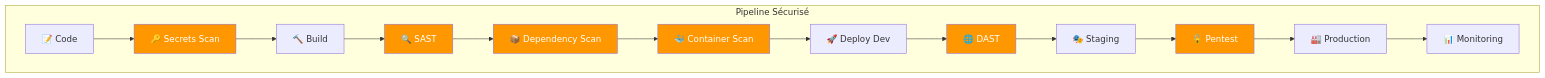
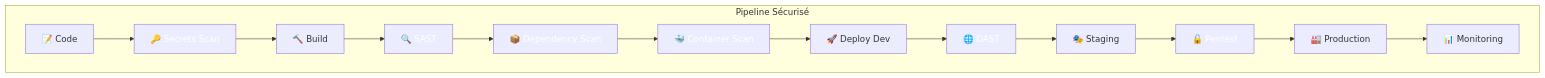
Before and after one commit to VBlackJack/ShellBook: diagram 12 of 14 in docs/formations/cloud-fundamentals/09-module.md, drawn with Mermaid. The commit also changed other lines of this file and 337 other files, not shown here.

First line of the commit message:
refactor(docs): Standardize code blocks and Mermaid colors

````diff
--- a/docs/formations/cloud-fundamentals/09-module.md
+++ b/docs/formations/cloud-fundamentals/09-module.md
@@ -402,27 +402,27 @@
 ```mermaid
 graph TB
     subgraph "Pipeline Sécurisé"
         CODE["📝 Code"]
         SECRETS["🔑 Secrets Scan"]
         BUILD["🔨 Build"]
         SAST["🔍 SAST"]
         DEPS["📦 Dependency Scan"]
         IMAGE["🐳 Container Scan"]
         DEPLOY_DEV["🚀 Deploy Dev"]
         DAST["🌐 DAST"]
         STAGING["🎭 Staging"]
         PENTEST["🔓 Pentest"]
         PROD["🏭 Production"]
         MONITOR["📊 Monitoring"]
     end
 
     CODE --> SECRETS --> BUILD --> SAST --> DEPS --> IMAGE
     IMAGE --> DEPLOY_DEV --> DAST --> STAGING --> PENTEST --> PROD --> MONITOR
 
-    style SECRETS fill:#ff9800,color:#fff
-    style SAST fill:#ff9800,color:#fff
-    style DEPS fill:#ff9800,color:#fff
-    style IMAGE fill:#ff9800,color:#fff
-    style DAST fill:#ff9800,color:#fff
-    style PENTEST fill:#ff9800,color:#fff
+    style SECRETS fill:#FF9800800800,color:#fff
+    style SAST fill:#FF9800800800,color:#fff
+    style DEPS fill:#FF9800800800,color:#fff
+    style IMAGE fill:#FF9800800800,color:#fff
+    style DAST fill:#FF9800800800,color:#fff
+    style PENTEST fill:#FF9800800800,color:#fff
 ```
````
